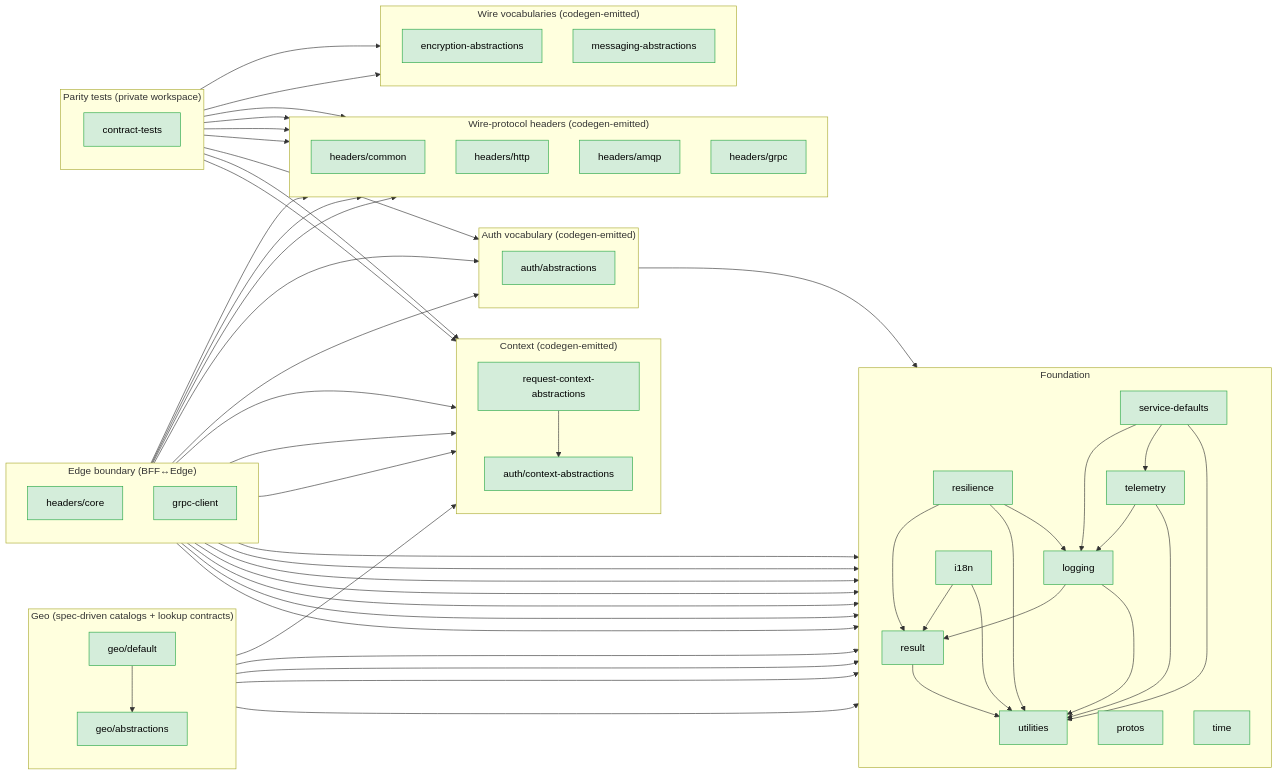
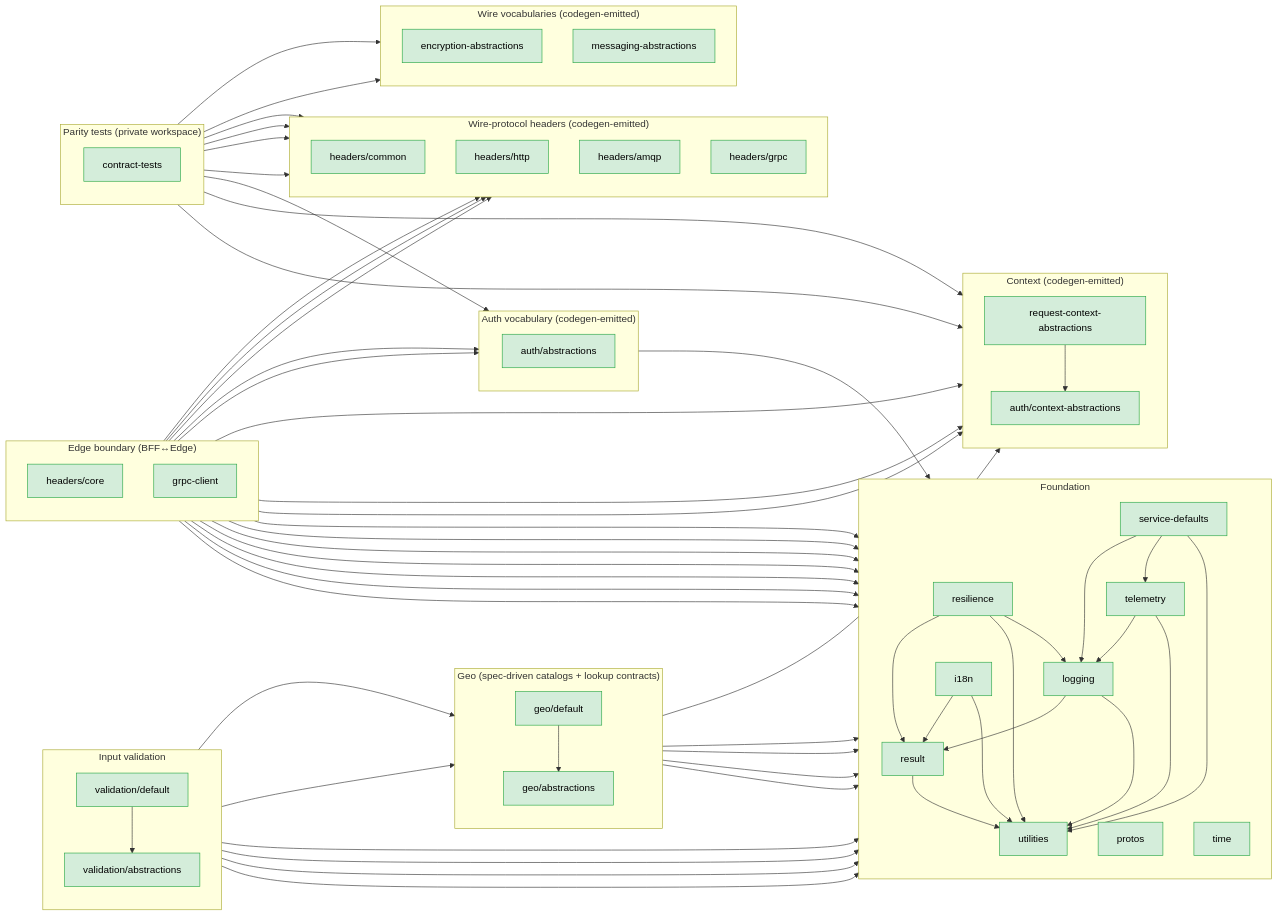
Before and after one commit to DSCV-io/D2-WORX: the diagram in server/shared/typescript/README.md, drawn with Mermaid. The commit also changed other lines of this file and 72 other files, not shown here.

````diff
--- a/server/shared/typescript/README.md
+++ b/server/shared/typescript/README.md
@@ -113,6 +115,20 @@
         GeoDefault --> ReqCtxAbs
     end
 
+    subgraph VALIDATION["Input validation"]
+        direction TB
+        ValidationAbs[validation/abstractions]
+        ValidationDefault[validation/default]
+
+        ValidationDefault --> ValidationAbs
+        ValidationAbs --> Result
+        ValidationAbs --> GeoAbs
+        ValidationDefault --> Result
+        ValidationDefault --> GeoAbs
+        ValidationDefault --> Utilities
+        ValidationDefault --> I18n
+    end
+
     subgraph BOUNDARY["Edge boundary (BFF↔Edge)"]
         direction TB
         Headers[headers/core]
@@ -165,5 +181,5 @@
     ServiceDefaults --> Telemetry
     ServiceDefaults --> Utilities
 
-    class Result,Utilities,Resilience,I18n,Logging,Telemetry,ServiceDefaults,Protos,Time,AuthCtxAbs,ReqCtxAbs,AuthAbs,HeadersCommon,HeadersHttp,HeadersAmqp,HeadersGrpc,EncryptionAbs,MessagingAbs,Headers,GrpcClient,ContractTests,GeoAbs,GeoDefault built
+    class Result,Utilities,Resilience,I18n,Logging,Telemetry,ServiceDefaults,Protos,Time,AuthCtxAbs,ReqCtxAbs,AuthAbs,HeadersCommon,HeadersHttp,HeadersAmqp,HeadersGrpc,EncryptionAbs,MessagingAbs,Headers,GrpcClient,ContractTests,GeoAbs,GeoDefault,ValidationAbs,ValidationDefault built
 ```
````
